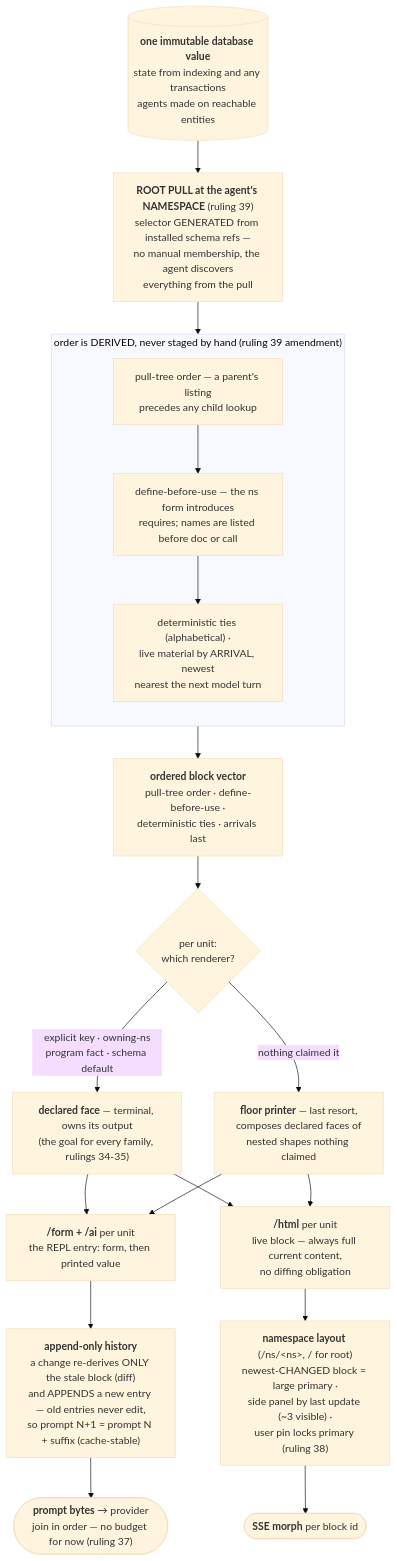
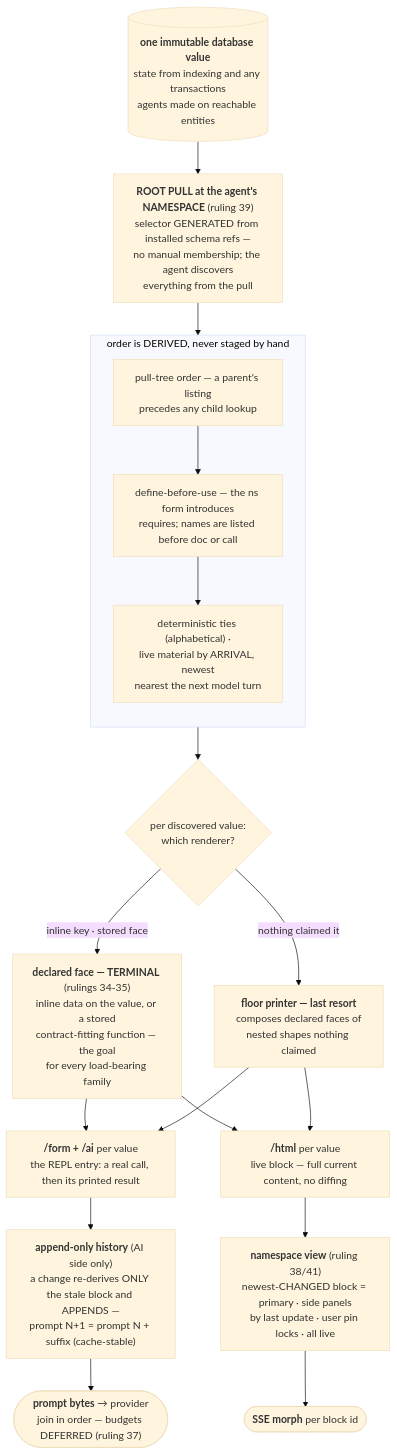
One commit to seantempesta/seon changed the diagram in docs/prds/context-generation/plan/one-renderer-prd-2026-08-14.md. Above: the diagram before and after it, drawn with Mermaid (base theme). The commit also changed other lines of this file and 5 other files, not shown here.

````diff
--- a/docs/prds/context-generation/plan/one-renderer-prd-2026-08-14.md
+++ b/docs/prds/context-generation/plan/one-renderer-prd-2026-08-14.md
@@ -45,37 +27,31 @@
 ```mermaid
 flowchart TD
     DB[("<b>one immutable database value</b><br/>state from indexing and any transactions<br/>agents made on reachable entities")]
-    PULL["<b>ROOT PULL at the agent's NAMESPACE</b> (ruling 39)<br/>selector GENERATED from installed schema refs —<br/>no manual membership, the agent discovers<br/>everything from the pull"]
-    VEC["<b>ordered block vector</b><br/>pull-tree order · define-before-use ·<br/>deterministic ties · arrivals last"]
-    SEL{"per unit:<br/>which renderer?"}
-    FACE["<b>declared face</b> — terminal, owns its output<br/>(the goal for every family, rulings 34-35)"]
-    FLOOR["<b>floor printer</b> — last resort,<br/>composes declared faces of<br/>nested shapes nothing claimed"]
-
-    AIENT["<b>/form + /ai</b> per unit<br/>the REPL entry: form, then printed value"]
-    HIST["<b>append-only history</b><br/>a change re-derives ONLY the stale block (diff)<br/>and APPENDS a new entry — old entries never edit,<br/>so prompt N+1 = prompt N + suffix (cache-stable)"]
-    PROMPT(["<b>prompt bytes</b> → provider<br/>join in order — no budget for now (ruling 37)"])
-
-    HTMLB["<b>/html</b> per unit<br/>live block — always full current content,<br/>no diffing obligation"]
-    LAYOUT["<b>namespace layout</b> (/ns/&lt;ns&gt;, / for root)<br/>newest-CHANGED block = large primary ·<br/>side panel by last update (~3 visible) ·<br/>user pin locks primary (ruling 38)"]
-    MORPH(["<b>SSE morph</b> per block id"])
-
-    subgraph ORDER["order is DERIVED, never staged by hand (ruling 39 amendment)"]
+    PULL["<b>ROOT PULL at the agent's NAMESPACE</b> (ruling 39)<br/>selector GENERATED from installed schema refs —<br/>no manual membership; the agent discovers<br/>everything from the pull"]
+    subgraph ORDER["order is DERIVED, never staged by hand"]
         direction TB
         O1["pull-tree order — a parent's listing<br/>precedes any child lookup"]
         O2["define-before-use — the ns form introduces<br/>requires; names are listed before doc or call"]
         O3["deterministic ties (alphabetical) ·<br/>live material by ARRIVAL, newest<br/>nearest the next model turn"]
         O1 --> O2 --> O3
     end
+    SEL{"per discovered value:<br/>which renderer?"}
+    FACE["<b>declared face — TERMINAL</b> (rulings 34-35)<br/>inline data on the value, or a stored<br/>contract-fitting function — the goal<br/>for every load-bearing family"]
+    FLOOR["<b>floor printer — last resort</b><br/>composes declared faces of<br/>nested shapes nothing claimed"]
+    AIENT["<b>/form + /ai</b> per value<br/>the REPL entry: a real call, then its printed result"]
+    HIST["<b>append-only history</b> (AI side only)<br/>a change re-derives ONLY the stale block and APPENDS —<br/>prompt N+1 = prompt N + suffix (cache-stable)"]
+    PROMPT(["<b>prompt bytes</b> → provider<br/>join in order — budgets DEFERRED (ruling 37)"])
+    HTMLB["<b>/html</b> per value<br/>live block — full current content, no diffing"]
+    LAYOUT["<b>namespace view</b> (ruling 38/41)<br/>newest-CHANGED block = primary · side panels<br/>by last update · user pin locks · all live"]
+    MORPH(["<b>SSE morph</b> per block id"])
 
-    DB --> PULL --> ORDER --> VEC --> SEL
-    SEL -->|"explicit key · owning-ns<br/>program fact · schema default"| FACE
+    DB --> PULL --> ORDER --> SEL
+    SEL -->|"inline key · stored face"| FACE
     SEL -->|"nothing claimed it"| FLOOR
-
     FACE --> AIENT
     FLOOR --> AIENT
     FACE --> HTMLB
     FLOOR --> HTMLB
-
     AIENT --> HIST --> PROMPT
     HTMLB --> LAYOUT --> MORPH
 ```
````
